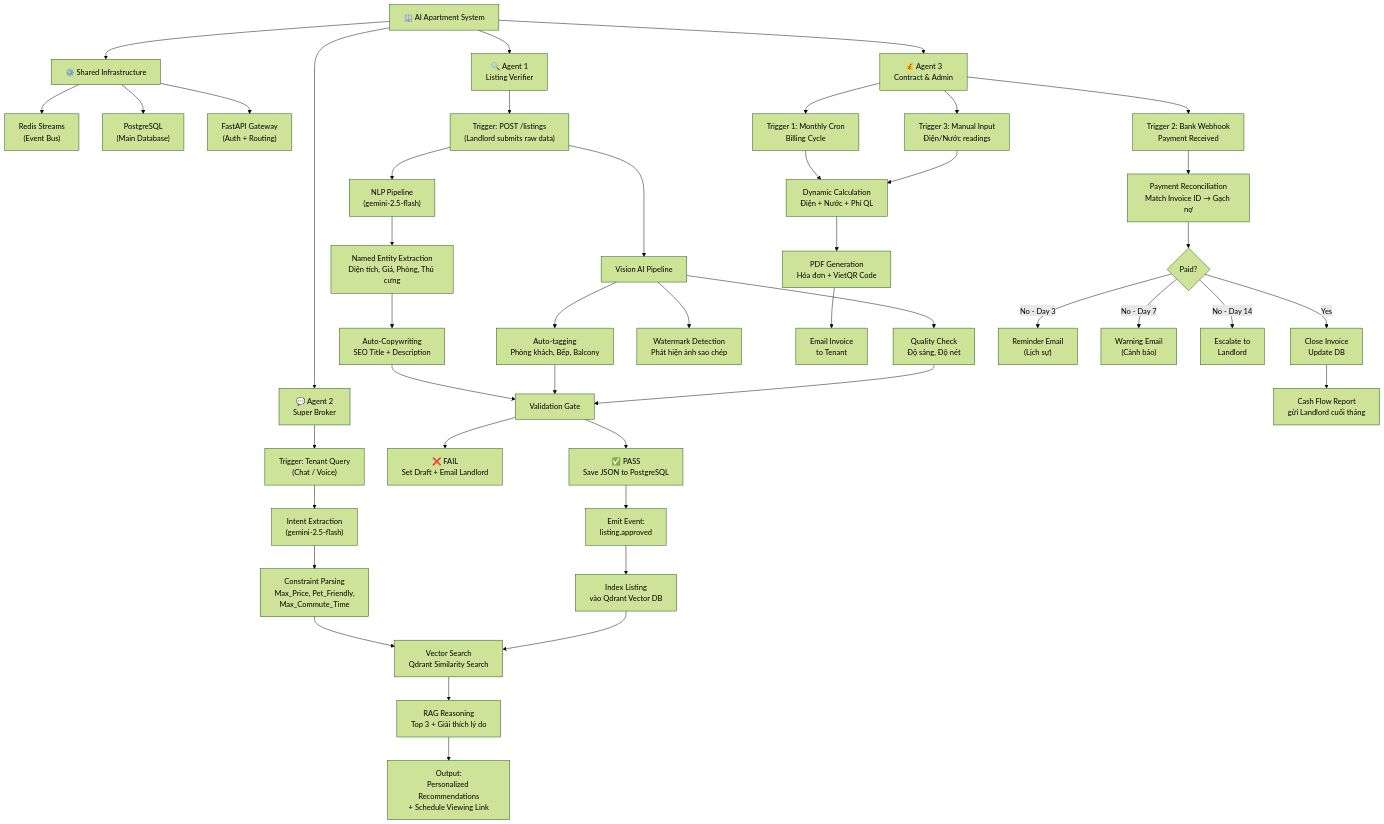
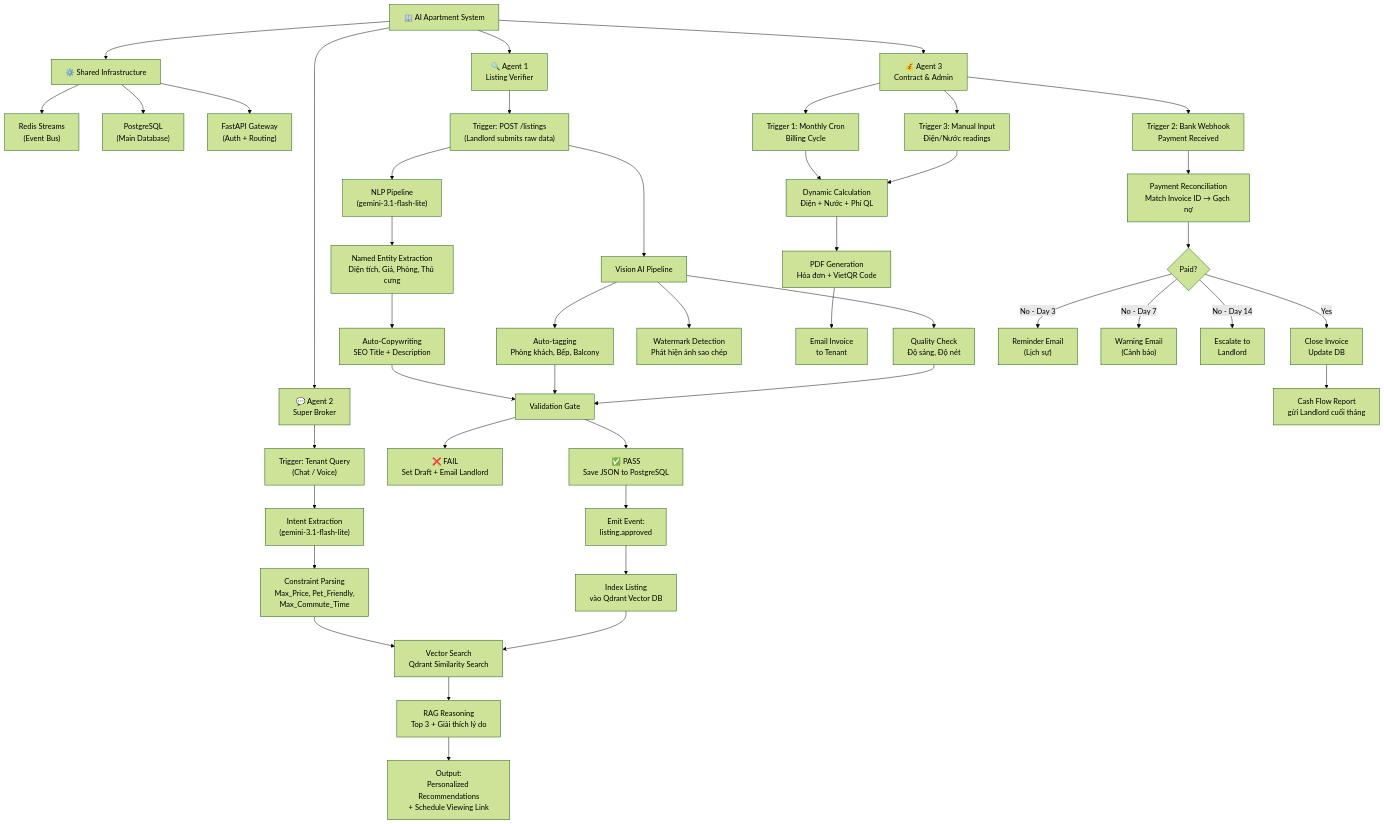
Before and after one commit to DungGiaIT/AI-agent-apartment: the diagram in plan_ai_agent.md, drawn with Mermaid (forest theme). The commit also changed other lines of this file and 18 other files, not shown here.

````diff
--- a/plan_ai_agent.md
+++ b/plan_ai_agent.md
@@ -54,58 +54,58 @@
 ```mermaid
 graph TD
     ROOT["🏢 AI Apartment System"] --> INFRA
     ROOT --> A1
     ROOT --> A2
     ROOT --> A3
 
     %% SHARED INFRASTRUCTURE
     INFRA["⚙️ Shared Infrastructure"]
     INFRA --> REDIS["Redis Streams\n(Event Bus)"]
     INFRA --> PG["PostgreSQL\n(Main Database)"]
     INFRA --> GW["FastAPI Gateway\n(Auth + Routing)"]
 
     %% AGENT 1
     A1["🔍 Agent 1\nListing Verifier"]
     A1 --> A1_T["Trigger: POST /listings\n(Landlord submits raw data)"]
-    A1_T --> A1_NLP["NLP Pipeline\n(gemini-2.5-flash)"]
+    A1_T --> A1_NLP["NLP Pipeline\n(gemini-3.1-flash-lite)"]
     A1_NLP --> A1_EXT["Named Entity Extraction\nDiện tích, Giá, Phòng, Thú cưng"]
     A1_EXT --> A1_COPY["Auto-Copywriting\nSEO Title + Description"]
     A1_T --> A1_VIS["Vision AI Pipeline"]
     A1_VIS --> A1_TAG["Auto-tagging\nPhòng khách, Bếp, Balcony"]
     A1_VIS --> A1_QUAL["Quality Check\nĐộ sáng, Độ nét"]
     A1_VIS --> A1_WMARK["Watermark Detection\nPhát hiện ảnh sao chép"]
     A1_COPY --> A1_GATE["Validation Gate"]
     A1_TAG --> A1_GATE
     A1_QUAL --> A1_GATE
     A1_GATE --> A1_PASS["✅ PASS\nSave JSON to PostgreSQL"]
     A1_GATE --> A1_FAIL["❌ FAIL\nSet Draft + Email Landlord"]
     A1_PASS --> A1_EVENT["Emit Event:\nlisting.approved"]
 
     %% AGENT 2
     A2["💬 Agent 2\nSuper Broker"]
     A1_EVENT --> A2_IDX["Index Listing\nvào Qdrant Vector DB"]
     A2 --> A2_T["Trigger: Tenant Query\n(Chat / Voice)"]
-    A2_T --> A2_INT["Intent Extraction\n(gemini-2.5-flash)"]
+    A2_T --> A2_INT["Intent Extraction\n(gemini-3.1-flash-lite)"]
     A2_INT --> A2_CONST["Constraint Parsing\nMax_Price, Pet_Friendly,\nMax_Commute_Time"]
     A2_CONST --> A2_VEC["Vector Search\nQdrant Similarity Search"]
     A2_IDX --> A2_VEC
     A2_VEC --> A2_RAG["RAG Reasoning\nTop 3 + Giải thích lý do"]
     A2_RAG --> A2_OUT["Output:\nPersonalized Recommendations\n+ Schedule Viewing Link"]
 
     %% AGENT 3 (Contract & Admin)
     A3["💰 Agent 3\nContract & Admin"]
     A3 --> A3_T1["Trigger 1: Monthly Cron\nBilling Cycle"]
     A3 --> A3_T2["Trigger 2: Bank Webhook\nPayment Received"]
     A3 --> A3_T3["Trigger 3: Manual Input\nĐiện/Nước readings"]
     A3_T1 --> A3_CALC["Dynamic Calculation\nĐiện + Nước + Phí QL"]
     A3_T3 --> A3_CALC
     A3_CALC --> A3_PDF["PDF Generation\nHóa đơn + VietQR Code"]
     A3_PDF --> A3_EMAIL["Email Invoice\nto Tenant"]
     A3_T2 --> A3_RECON["Payment Reconciliation\nMatch Invoice ID → Gạch nợ"]
     A3_RECON --> A3_DUNNING{"Paid?"}
     A3_DUNNING --> |"Yes"| A3_CLOSE["Close Invoice\nUpdate DB"]
     A3_DUNNING --> |"No - Day 3"| A3_D1["Reminder Email\n(Lịch sự)"]
     A3_DUNNING --> |"No - Day 7"| A3_D2["Warning Email\n(Cảnh báo)"]
     A3_DUNNING --> |"No - Day 14"| A3_D3["Escalate to\nLandlord"]
     A3_CLOSE --> A3_REPORT["Cash Flow Report\ngửi Landlord cuối tháng"]
 ```
````
